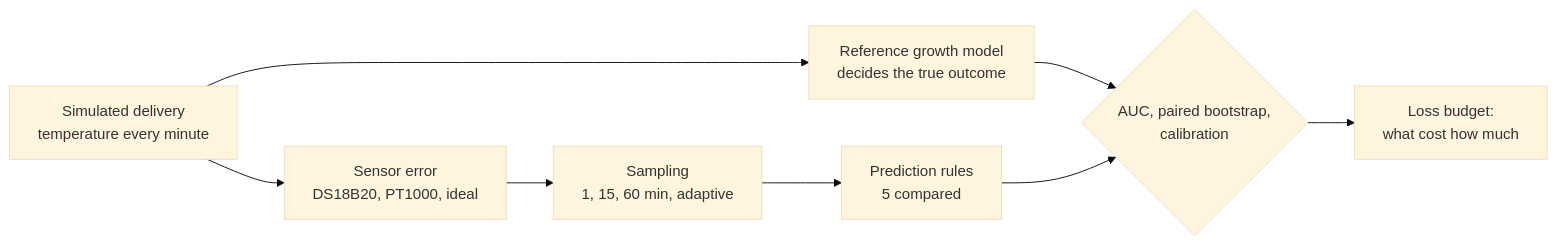
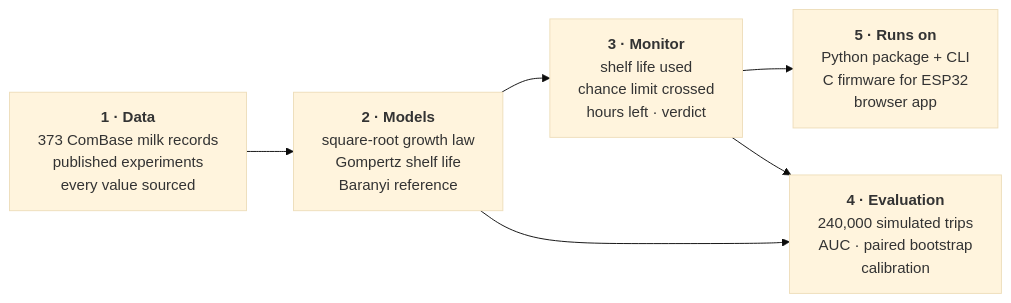
Before and after one commit to CopyNinja07-07/dairyguard: the diagram in README.md, drawn with Mermaid (base theme). The commit also changed other lines of this file and 92 other files, not shown here.

First line of the commit message:
DairyGuard Kinetic 2026.10: package, CLI, firmware, monitor app and book

````diff
--- a/README.md
+++ b/README.md
@@ -39,10 +74,8 @@
 ```mermaid
 flowchart LR
-    A["Simulated delivery<br/>temperature every minute"] --> B["Reference growth model<br/>decides the true outcome"]
-    A --> C["Sensor error<br/>DS18B20, PT1000, ideal"]
-    C --> D["Sampling<br/>1, 15, 60 min, adaptive"]
-    D --> E["Prediction rules<br/>5 compared"]
-    B --> F{"AUC, paired bootstrap,<br/>calibration"}
-    E --> F
-    F --> G["Loss budget:<br/>what cost how much"]
+    D["<b>1 · Data</b><br/>373 ComBase milk records<br/>published experiments<br/>every value sourced"] --> M["<b>2 · Models</b><br/>square-root growth law<br/>Gompertz shelf life<br/>Baranyi reference"]
+    M --> E["<b>3 · Monitor</b><br/>shelf life used<br/>chance limit crossed<br/>hours left · verdict"]
+    E --> P["<b>5 · Runs on</b><br/>Python package + CLI<br/>C firmware for ESP32<br/>browser app"]
+    M --> S["<b>4 · Evaluation</b><br/>240,000 simulated trips<br/>AUC · paired bootstrap<br/>calibration"]
+    E --> S
 ```
````
